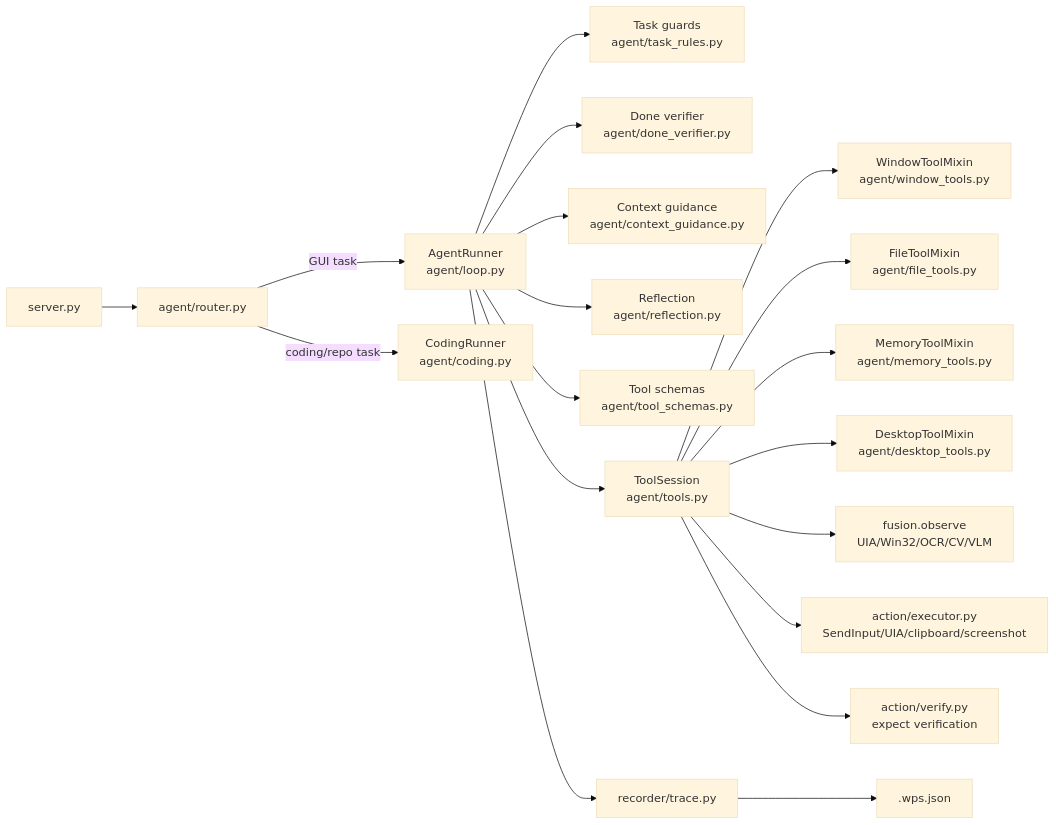
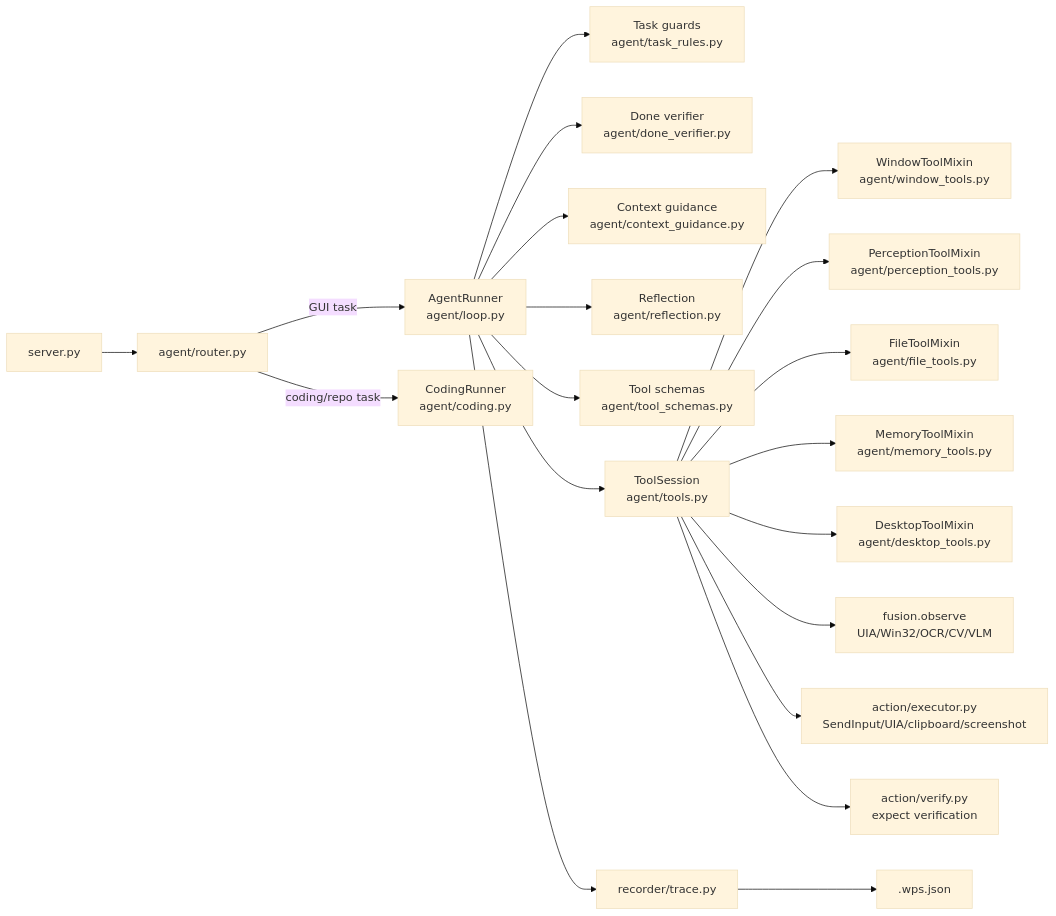
The second of 2 diagrams in docs/architecture.md (zoujiapeng/lingdong-script), drawn with Mermaid (base theme) before and after one commit. The commit also changed other lines of this file and 8 other files, not shown here.

Commit message:
refactor: split perception tool handlers

````diff
--- a/docs/architecture.md
+++ b/docs/architecture.md
@@ -40,21 +40,22 @@
 ```mermaid
 flowchart LR
     server["server.py"] --> router["agent/router.py"]
     router -->|"GUI task"| loop["AgentRunner<br/>agent/loop.py"]
     router -->|"coding/repo task"| coding["CodingRunner<br/>agent/coding.py"]
     loop --> rules["Task guards<br/>agent/task_rules.py"]
     loop --> donev["Done verifier<br/>agent/done_verifier.py"]
     loop --> context["Context guidance<br/>agent/context_guidance.py"]
     loop --> reflect["Reflection<br/>agent/reflection.py"]
     loop --> schemas["Tool schemas<br/>agent/tool_schemas.py"]
     loop --> tools["ToolSession<br/>agent/tools.py"]
     tools --> windowtools["WindowToolMixin<br/>agent/window_tools.py"]
+    tools --> perceptiontools["PerceptionToolMixin<br/>agent/perception_tools.py"]
     tools --> filetools["FileToolMixin<br/>agent/file_tools.py"]
     tools --> memorytools["MemoryToolMixin<br/>agent/memory_tools.py"]
     tools --> desktoptools["DesktopToolMixin<br/>agent/desktop_tools.py"]
     tools --> fusion["fusion.observe<br/>UIA/Win32/OCR/CV/VLM"]
     tools --> action["action/executor.py<br/>SendInput/UIA/clipboard/screenshot"]
     tools --> verify["action/verify.py<br/>expect verification"]
     loop --> recorder["recorder/trace.py"]
     recorder --> wps[".wps.json"]
 ```
````
